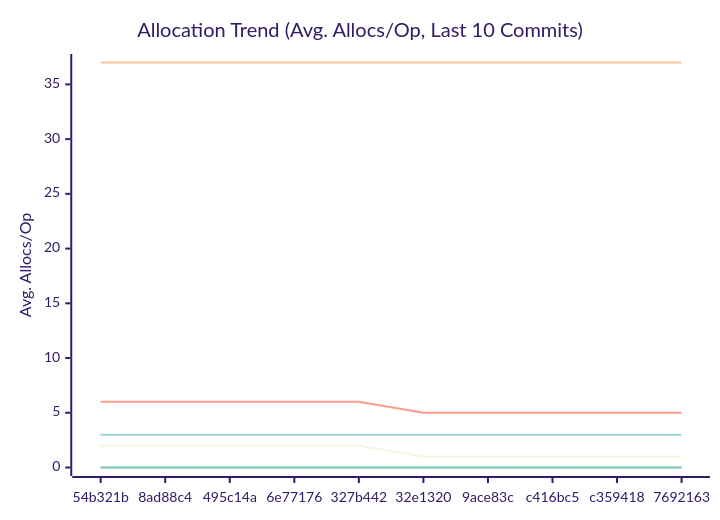
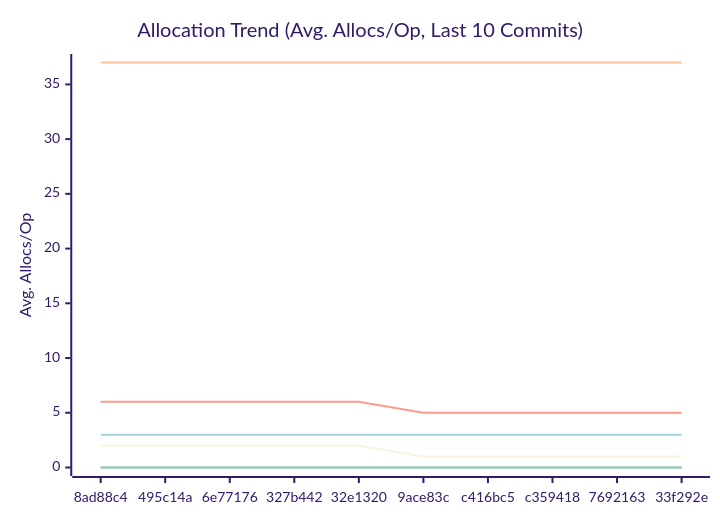
One commit to alsotoes/momo changed the third of 3 diagrams in docs/PERFORMANCE.md. Above: the diagram before and after it, drawn with Mermaid (forest theme). The commit also changed other lines of this file and 3 other files, not shown here.

````diff
--- a/docs/PERFORMANCE.md
+++ b/docs/PERFORMANCE.md
@@ -164,16 +164,16 @@
 ```mermaid
 xychart-beta
     title "Allocation Trend (Avg. Allocs/Op, Last 10 Commits)"
     x-axis "Commit"
     y-axis "Avg. Allocs/Op"
-    x-axis [54b321b,8ad88c4,495c14a,6e77176,327b442,32e1320,9ace83c,c416bc5,c359418,7692163]
+    x-axis [8ad88c4,495c14a,6e77176,327b442,32e1320,9ace83c,c416bc5,c359418,7692163,33f292e]
     line "CheckMetricsAndSwap" [0,0,0,0,0,0,0,0,0,0]
     line "CrushOptimized" [0,0,0,0,0,0,0,0,0,0]
     line "CrushOriginal" [3,3,3,3,3,3,3,3,3,3]
     line "IndexDirectTracking" [0,0,0,0,0,0,0,0,0,0]
     line "IndexSearch" [0,0,0,0,0,0,0,0,0,0]
     line "LoadGlobalConfig" [37,37,37,37,37,37,37,37,37,37]
     line "PadString" [0,0,0,0,0,0,0,0,0,0]
     line "ParseReplicationOrder_NoPrealloc" [6,6,6,6,6,5,5,5,5,5]
     line "ParseReplicationOrder_Prealloc" [2,2,2,2,2,1,1,1,1,1]
 ```
````
